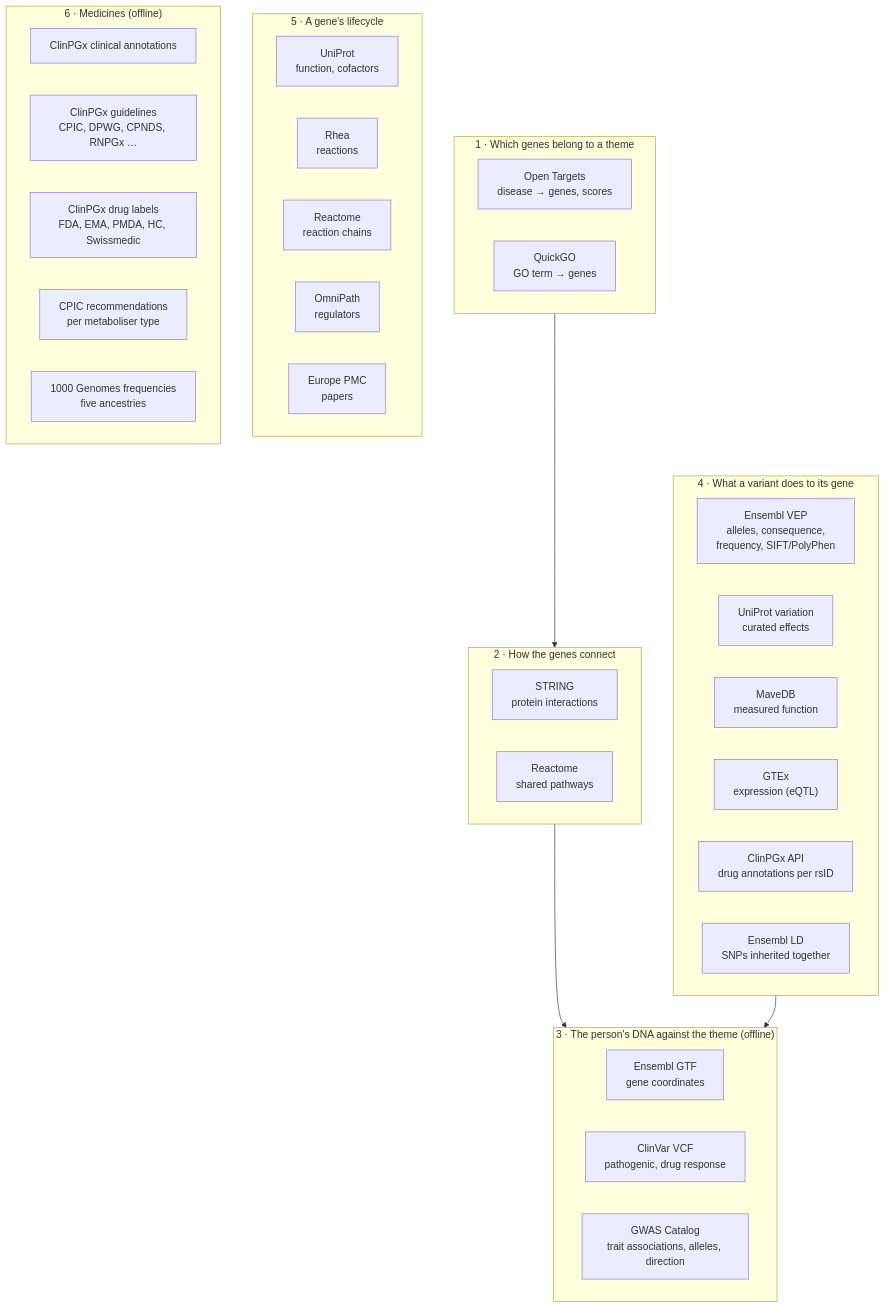
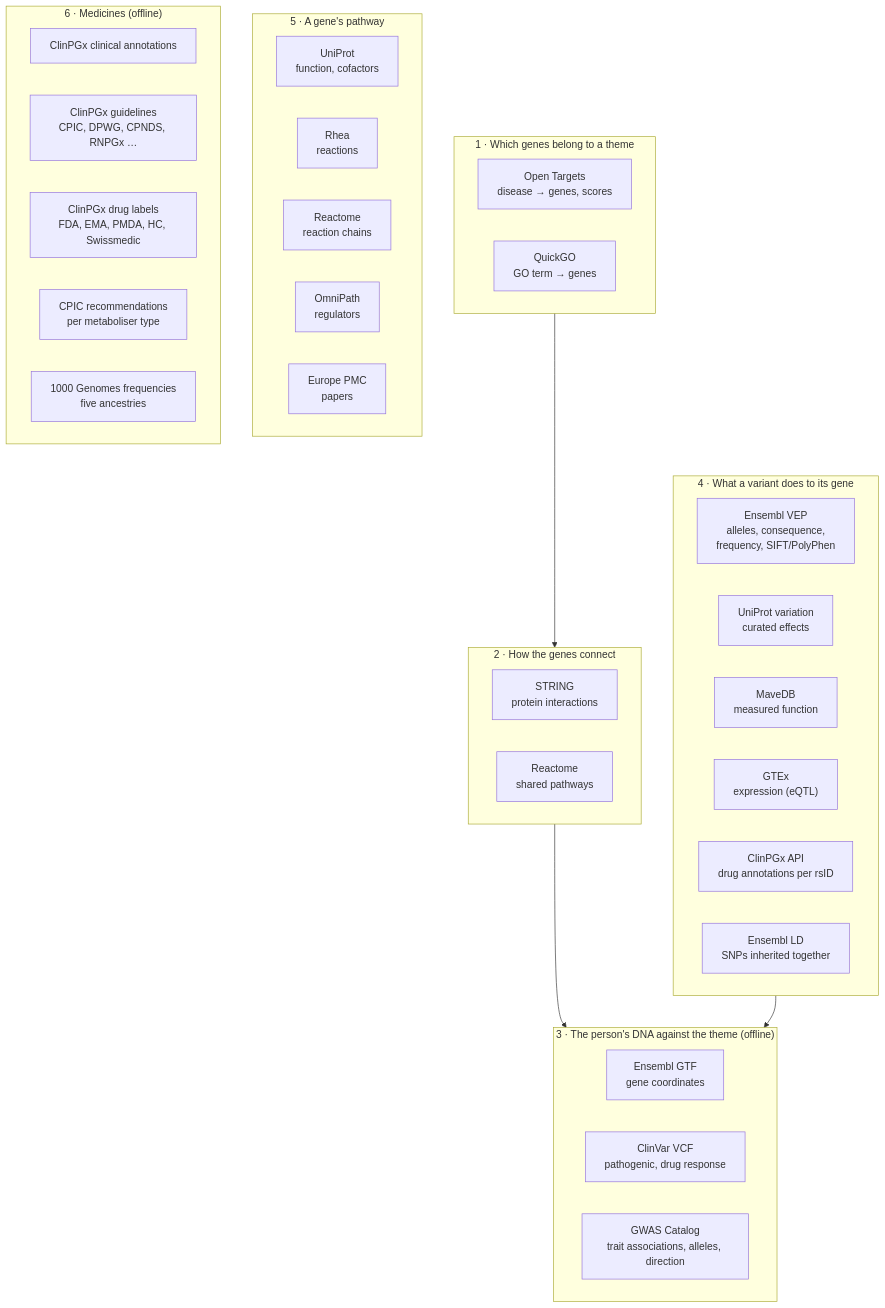
The first of 2 diagrams in docs/architecture/sources.md (Lyceriuss/DNA-Analyzer), drawn with Mermaid before and after one commit. The commit also changed other lines of this file and 29 other files, not shown here.

First line of the commit message:
Explorer: rebuilt intro slides, alcohol-chain example, cancer prevention, Gene pathway

````diff
--- a/docs/architecture/sources.md
+++ b/docs/architecture/sources.md
@@ -8,40 +8,40 @@
 ```mermaid
 flowchart TB
     subgraph L1["1 · Which genes belong to a theme"]
         OT["Open Targets<br/>disease → genes, scores"]
         QG["QuickGO<br/>GO term → genes"]
     end
     subgraph L2["2 · How the genes connect"]
         ST["STRING<br/>protein interactions"]
         RX1["Reactome<br/>shared pathways"]
     end
     subgraph L3["3 · The person's DNA against the theme (offline)"]
         GTF["Ensembl GTF<br/>gene coordinates"]
         CV["ClinVar VCF<br/>pathogenic, drug response"]
         GW["GWAS Catalog<br/>trait associations, alleles, direction"]
     end
     subgraph L4["4 · What a variant does to its gene"]
         VEP["Ensembl VEP<br/>alleles, consequence,<br/>frequency, SIFT/PolyPhen"]
         UP["UniProt variation<br/>curated effects"]
         MV["MaveDB<br/>measured function"]
         GT["GTEx<br/>expression (eQTL)"]
         CP1["ClinPGx API<br/>drug annotations per rsID"]
         LD["Ensembl LD<br/>SNPs inherited together"]
     end
-    subgraph L5["5 · A gene's lifecycle"]
+    subgraph L5["5 · A gene's pathway"]
         UP2["UniProt<br/>function, cofactors"]
         RH["Rhea<br/>reactions"]
         RX2["Reactome<br/>reaction chains"]
         OP["OmniPath<br/>regulators"]
         EPMC["Europe PMC<br/>papers"]
     end
     subgraph L6["6 · Medicines (offline)"]
         CPA["ClinPGx clinical annotations"]
         CPG["ClinPGx guidelines<br/>CPIC, DPWG, CPNDS, RNPGx …"]
         CPL["ClinPGx drug labels<br/>FDA, EMA, PMDA, HC, Swissmedic"]
         CPR["CPIC recommendations<br/>per metaboliser type"]
         KG["1000 Genomes frequencies<br/>five ancestries"]
     end
     L1 --> L2 --> L3
     L4 --> L3
 ```
````
